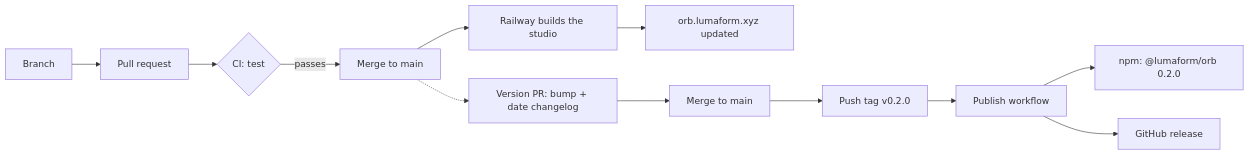
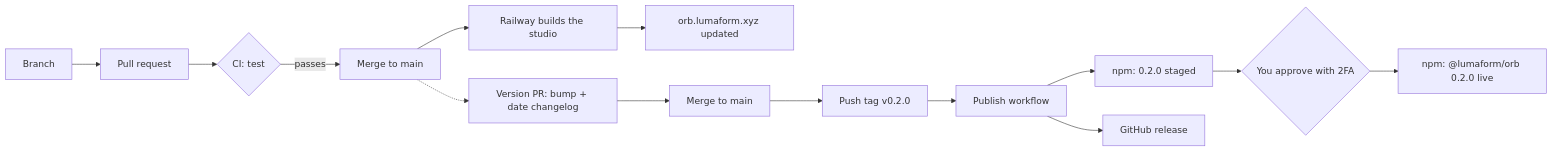
The diagram in docs/RELEASE-FLOW.md (abektes/lumaform-orb), drawn with Mermaid before and after one commit. The commit also changed other lines of this file and 3 other files, not shown here.

First line of the commit message:
Stage releases on npm for a maintainer to approve

````diff
--- a/docs/RELEASE-FLOW.md
+++ b/docs/RELEASE-FLOW.md
@@ -10,14 +10,16 @@
 ```mermaid
 flowchart LR
   A[Branch] --> B[Pull request]
   B --> C{CI: test}
   C -- passes --> D[Merge to main]
   D --> E[Railway builds the studio]
   E --> F[orb.lumaform.xyz updated]
   D -.-> G[Version PR: bump + date changelog]
   G --> H[Merge to main]
   H --> I[Push tag v0.2.0]
   I --> J[Publish workflow]
-  J --> K[npm: @lumaform/orb 0.2.0]
+  J --> K[npm: 0.2.0 staged]
+  K --> M{You approve with 2FA}
+  M --> N[npm: @lumaform/orb 0.2.0 live]
   J --> L[GitHub release]
 ```
````
